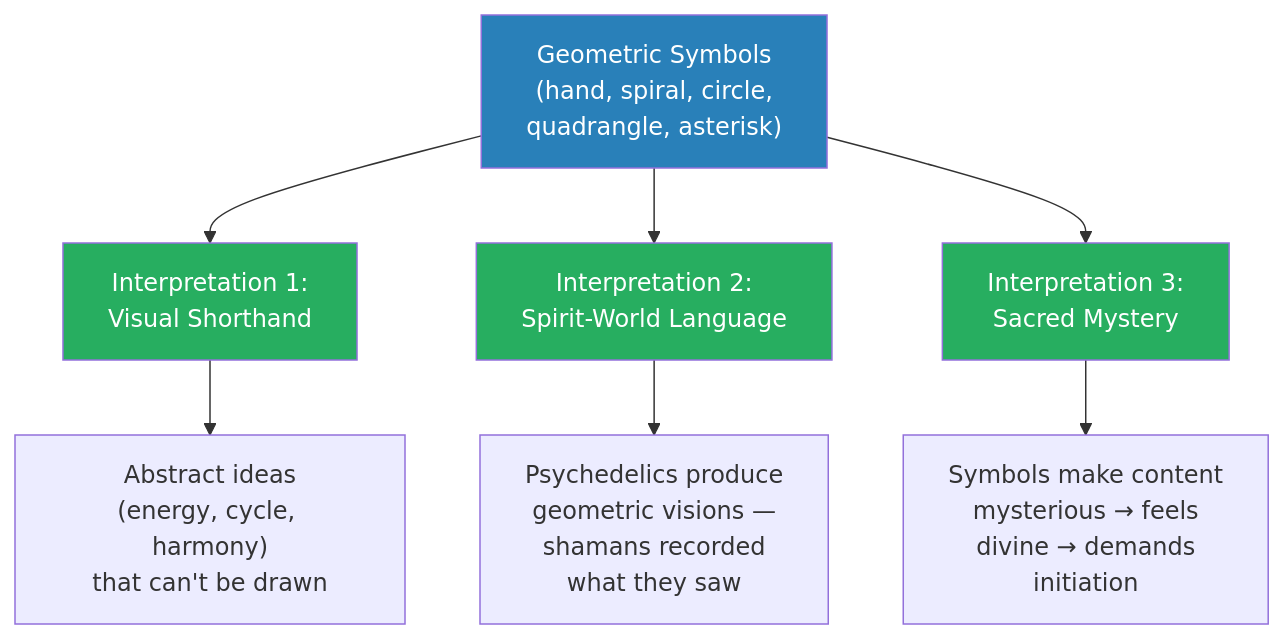
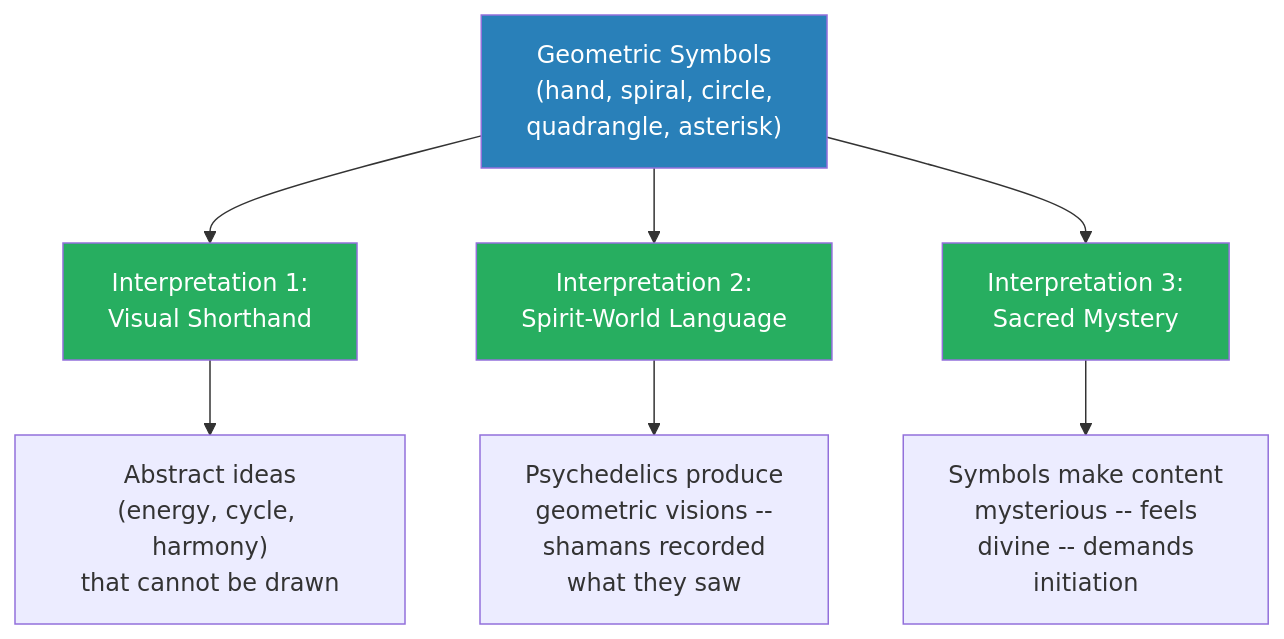
Before and after one commit to alius33/reader: the sixth of 8 diagrams in summaries/Lectures/Civilization/02 - Religion and the Dawn of Society.md, drawn with Mermaid. The commit also changed other lines of this file and 78 other files, not shown here.

````diff
--- a/summaries/Lectures/Civilization/02 - Religion and the Dawn of Society.md
+++ b/summaries/Lectures/Civilization/02 - Religion and the Dawn of Society.md
@@ -455,14 +371,14 @@
 ```mermaid
 flowchart TB
     Sym["Geometric Symbols<br/>(hand, spiral, circle,<br/>quadrangle, asterisk)"]
     Sym --> I1["Interpretation 1:<br/>Visual Shorthand"]
     Sym --> I2["Interpretation 2:<br/>Spirit-World Language"]
     Sym --> I3["Interpretation 3:<br/>Sacred Mystery"]
-    I1 --> E1["Abstract ideas<br/>(energy, cycle, harmony)<br/>that can't be drawn"]
-    I2 --> E2["Psychedelics produce<br/>geometric visions —<br/>shamans recorded<br/>what they saw"]
-    I3 --> E3["Symbols make content<br/>mysterious → feels<br/>divine → demands<br/>initiation"]
+    I1 --> E1["Abstract ideas<br/>(energy, cycle, harmony)<br/>that cannot be drawn"]
+    I2 --> E2["Psychedelics produce<br/>geometric visions --<br/>shamans recorded<br/>what they saw"]
+    I3 --> E3["Symbols make content<br/>mysterious -- feels<br/>divine -- demands<br/>initiation"]
     style Sym fill:#2980b9,color:#fff
     style I1 fill:#27ae60,color:#fff
     style I2 fill:#27ae60,color:#fff
     style I3 fill:#27ae60,color:#fff
 ```
````
